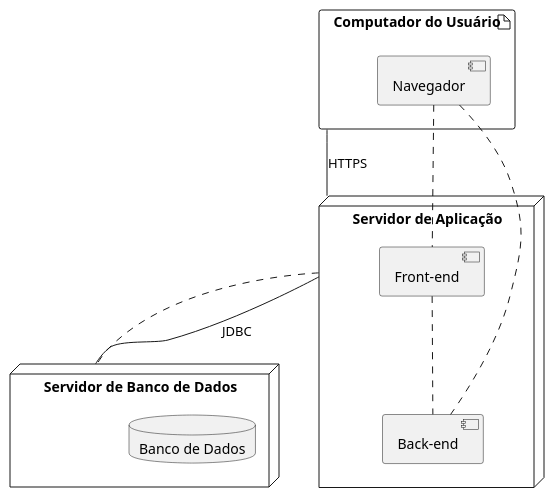
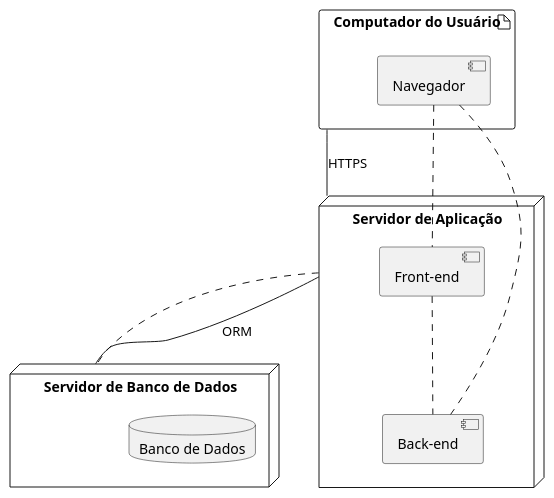
The diagram in project/Diagramas/Diagrama de Implantação/README.md (thais-reiss/Lab3-Sistema-de-moeda-estudantil), drawn with PlantUML before and after one commit. The commit also changed 1 other file, not shown here.

Commit message:
Diagrama de implantação usando ORM de acesso para Banco de Dados

```diff
--- a/project/Diagramas/Diagrama de Implantação/README.md
+++ b/project/Diagramas/Diagrama de Implantação/README.md
@@ -1,26 +1,26 @@
 @startuml
 skinparam nodesep 50
 skinparam ranksep 50
 skinparam defaultFontName Arial
 
 artifact "Computador do Usuário" as user {
   component "Navegador" as browser
 }
 
 node "Servidor de Aplicação" as app_server {
   component "Front-end" as front
   component "Back-end" as back
 }
 
 node "Servidor de Banco de Dados" as db_server {
   database "Banco de Dados" as database
 }
 
 front .. back
 browser .. front
 browser .. back
 app_server .. db_server
 user -- app_server : «HTTPS»
-app_server -- db_server : «JDBC»
+app_server -- db_server : «ORM»
 
 @enduml
```
